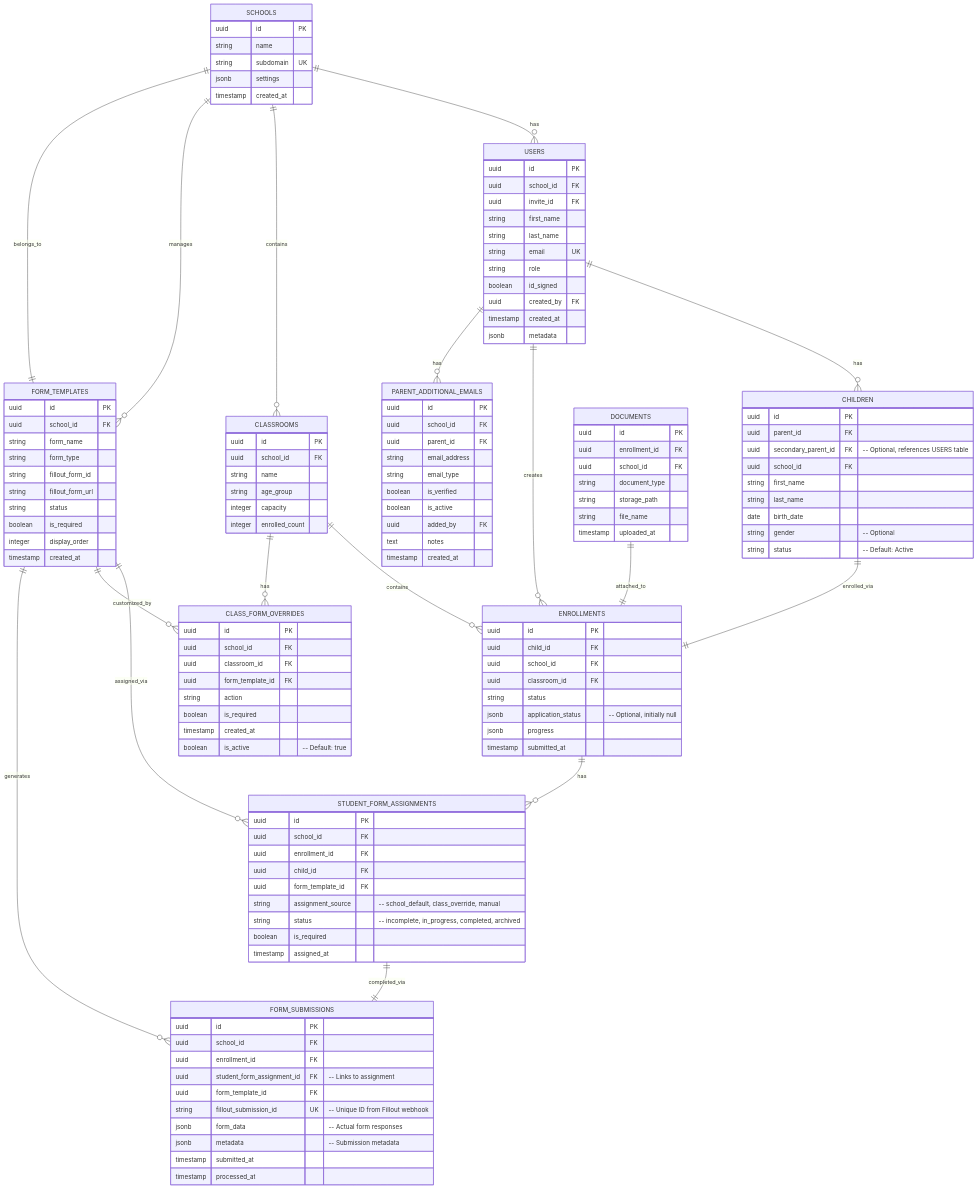
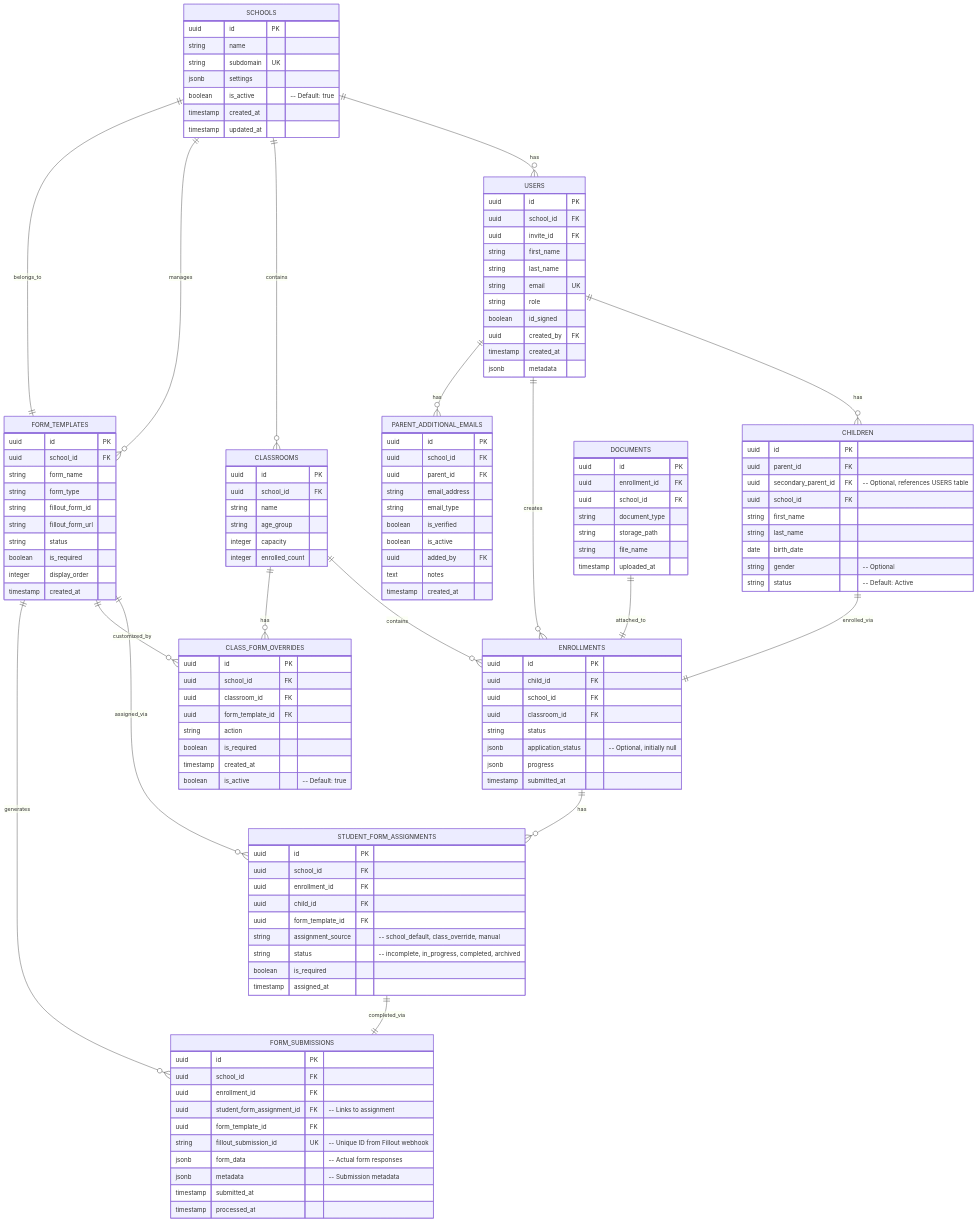
One commit to arjavatech/goddard_rust_pack changed the third of 27 diagrams in docs/System_Architecture_Design.md. Above: the diagram before and after it, drawn with Mermaid. The commit also changed 20 other files, not shown here.

```diff
--- a/docs/System_Architecture_Design.md
+++ b/docs/System_Architecture_Design.md
@@ -159,7 +159,9 @@
         string name
         string subdomain UK
         jsonb settings
+        boolean is_active "-- Default: true"
         timestamp created_at
+        timestamp updated_at
     }
     
     USERS ||--o{ CHILDREN : has
```
